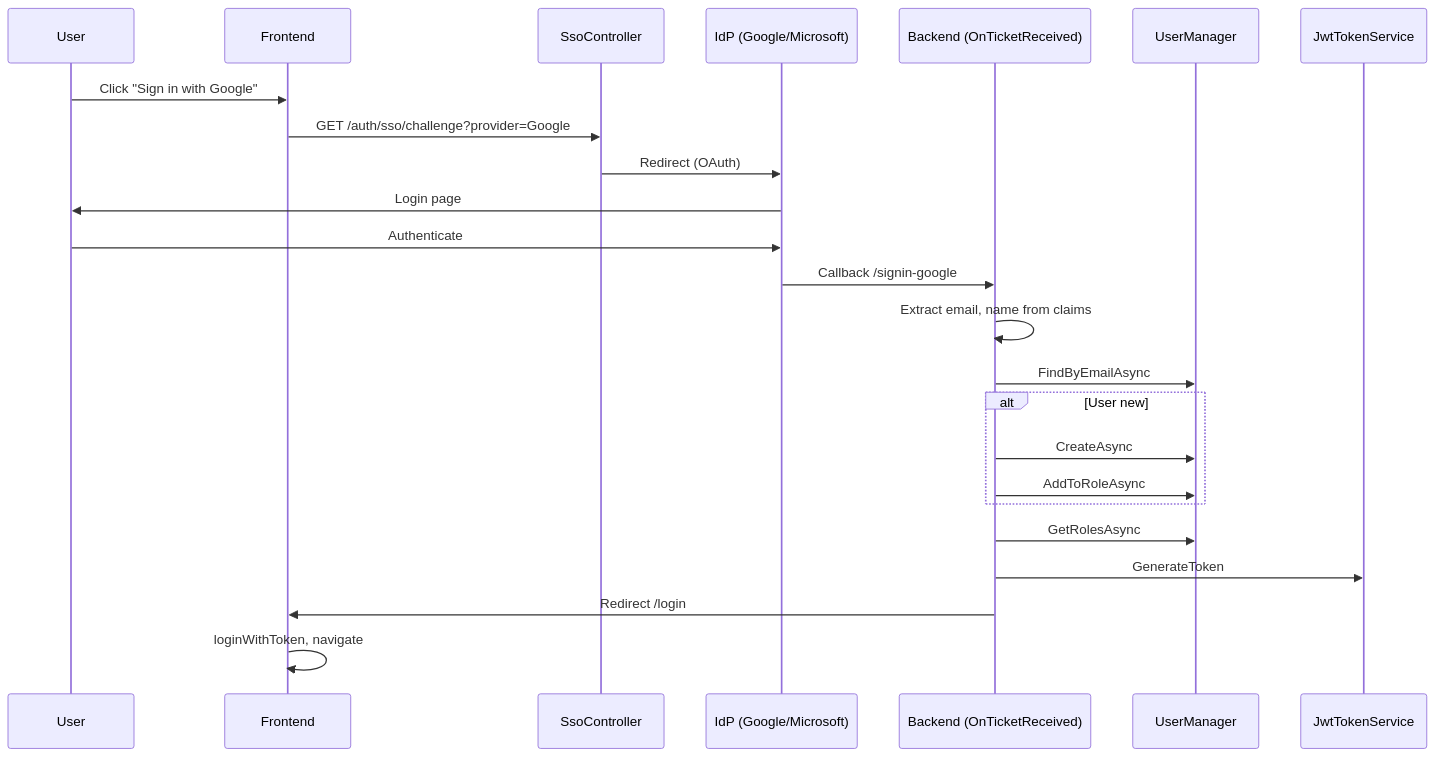
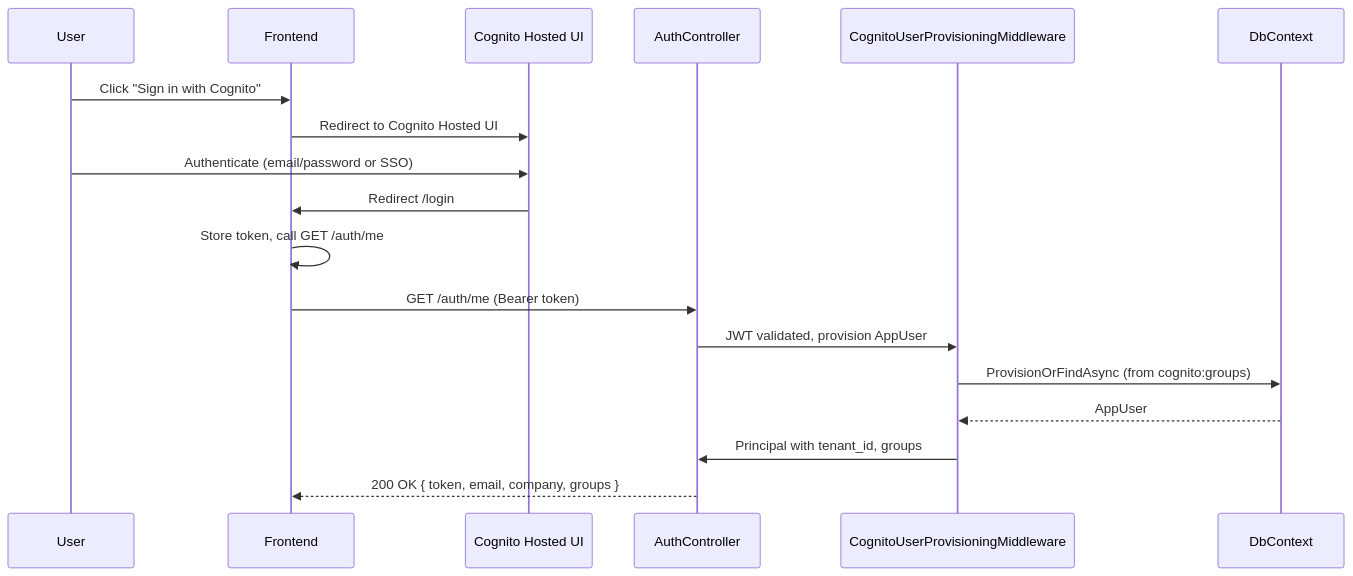
The fourth of 14 diagrams in docs/system-architecture-diagrams.md (Ahmed-Shehzad/MIRA), drawn with Mermaid before and after one commit. The commit also changed other lines of this file and 188 other files, not shown here.

````diff
--- a/docs/system-architecture-diagrams.md
+++ b/docs/system-architecture-diagrams.md
@@ -208,27 +137,21 @@
 ```mermaid
 sequenceDiagram
     participant U as User
     participant F as Frontend
-    participant S as SsoController
-    participant IdP as IdP (Google/Microsoft)
-    participant B as Backend (OnTicketReceived)
-    participant UM as UserManager
-    participant JWT as JwtTokenService
+    participant C as Cognito Hosted UI
+    participant A as AuthController
+    participant M as CognitoUserProvisioningMiddleware
+    participant DB as DbContext
 
-    U->>F: Click "Sign in with Google"
-    F->>S: GET /auth/sso/challenge?provider=Google
-    S->>IdP: Redirect (OAuth)
-    IdP->>U: Login page
-    U->>IdP: Authenticate
-    IdP->>B: Callback /signin-google
-    B->>B: Extract email, name from claims
-    B->>UM: FindByEmailAsync
-    alt User new
-        B->>UM: CreateAsync
-        B->>UM: AddToRoleAsync
-    end
-    B->>UM: GetRolesAsync
-    B->>JWT: GenerateToken
-    B->>F: Redirect /login#token=JWT
-    F->>F: loginWithToken, navigate
+    U->>F: Click "Sign in with Cognito"
+    F->>C: Redirect to Cognito Hosted UI
+    U->>C: Authenticate (email/password or SSO)
+    C->>F: Redirect /login#id_token=JWT
+    F->>F: Store token, call GET /auth/me
+    F->>A: GET /auth/me (Bearer token)
+    A->>M: JWT validated, provision AppUser
+    M->>DB: ProvisionOrFindAsync (from cognito:groups)
+    DB-->>M: AppUser
+    M->>A: Principal with tenant_id, groups
+    A-->>F: 200 OK { token, email, company, groups }
 ```
````
